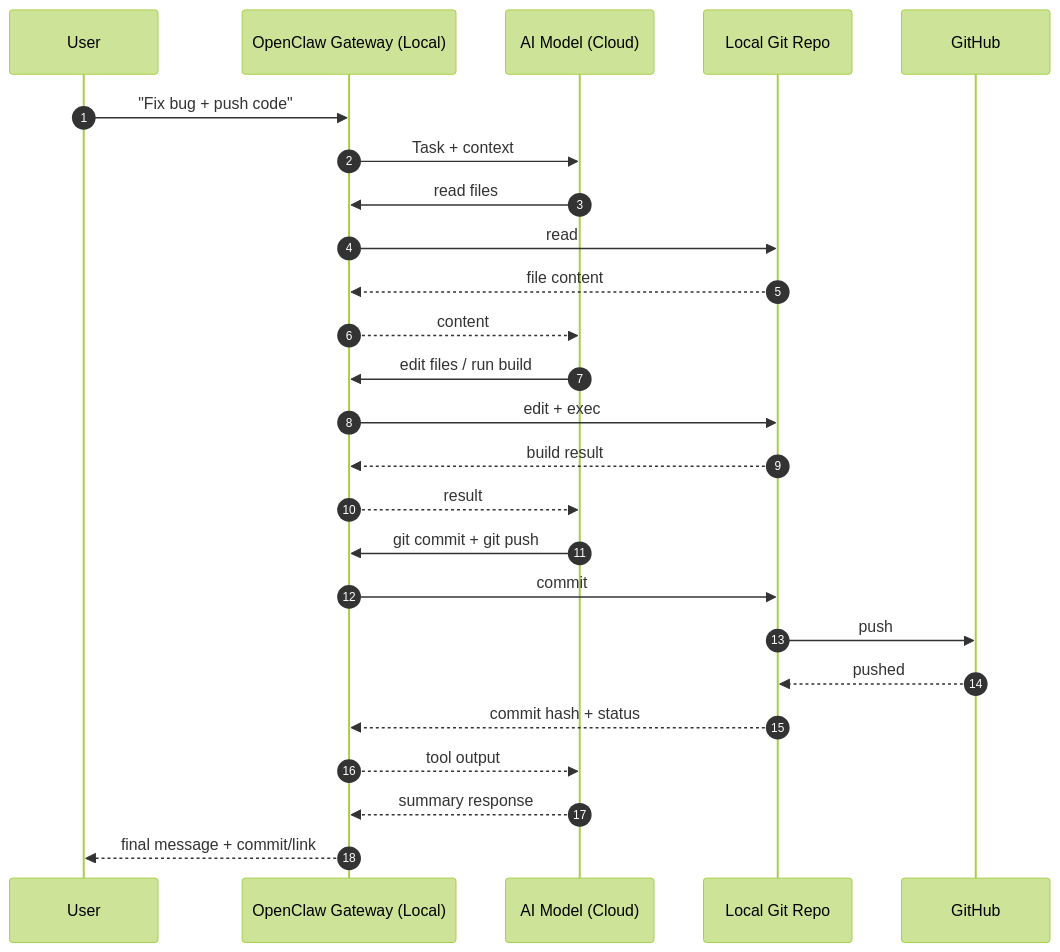
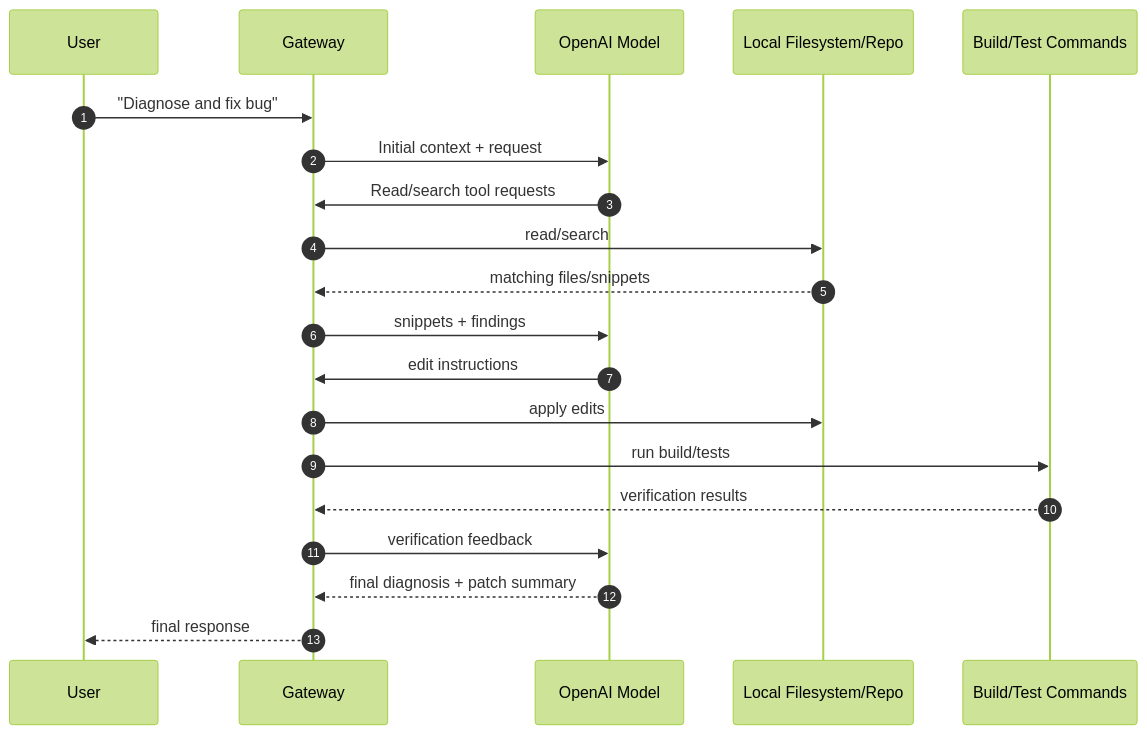
One commit to xoaicatchu/Ai-agent-collection changed the second of 2 diagrams in ai-sequence-diagram/SEQUENCE.md. Above: the diagram before and after it, drawn with Mermaid (forest theme). The commit also changed other lines of this file, not shown here.

Commit message:
docs: rewrite agent flow as technical model and explain iterative context handling

````diff
--- a/ai-sequence-diagram/SEQUENCE.md
+++ b/ai-sequence-diagram/SEQUENCE.md
@@ -79,32 +119,26 @@
 ```mermaid
 sequenceDiagram
-    autonumber
-    participant U as User
-    participant GW as OpenClaw Gateway (Local)
-    participant AI as AI Model (Cloud)
-    participant L as Local Git Repo
-    participant GH as GitHub
+  autonumber
+  participant U as User
+  participant GW as Gateway
+  participant LLM as OpenAI Model
+  participant FS as Local Filesystem/Repo
+  participant CI as Build/Test Commands
 
-    U->>GW: "Fix bug + push code"
-    GW->>AI: Task + context
+  U->>GW: "Diagnose and fix bug"
+  GW->>LLM: Initial context + request
 
-    AI->>GW: read files
-    GW->>L: read
-    L-->>GW: file content
-    GW-->>AI: content
+  LLM->>GW: Read/search tool requests
+  GW->>FS: read/search
+  FS-->>GW: matching files/snippets
+  GW->>LLM: snippets + findings
 
-    AI->>GW: edit files / run build
-    GW->>L: edit + exec
-    L-->>GW: build result
-    GW-->>AI: result
+  LLM->>GW: edit instructions
+  GW->>FS: apply edits
+  GW->>CI: run build/tests
+  CI-->>GW: verification results
+  GW->>LLM: verification feedback
 
-    AI->>GW: git commit + git push
-    GW->>L: commit
-    L->>GH: push
-    GH-->>L: pushed
-    L-->>GW: commit hash + status
-    GW-->>AI: tool output
-
-    AI-->>GW: summary response
-    GW-->>U: final message + commit/link
+  LLM-->>GW: final diagnosis + patch summary
+  GW-->>U: final response
 ```
````
